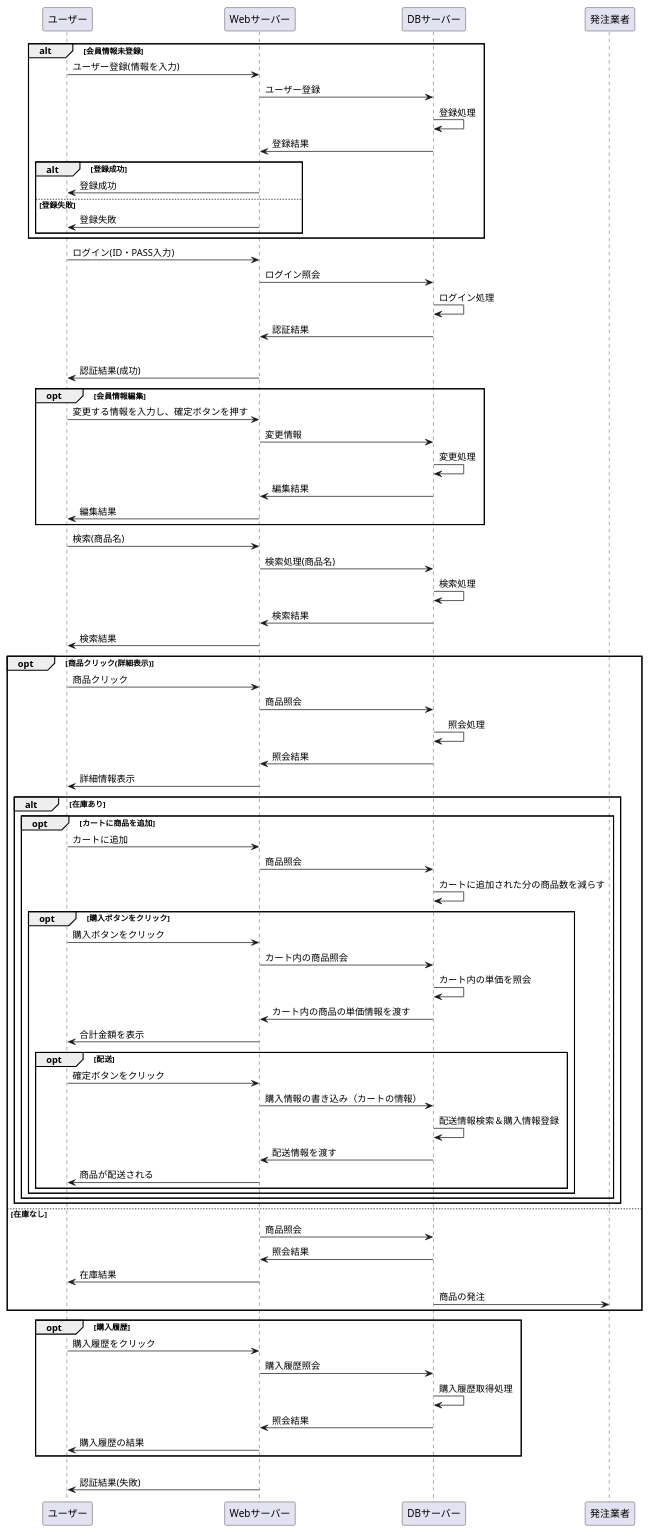
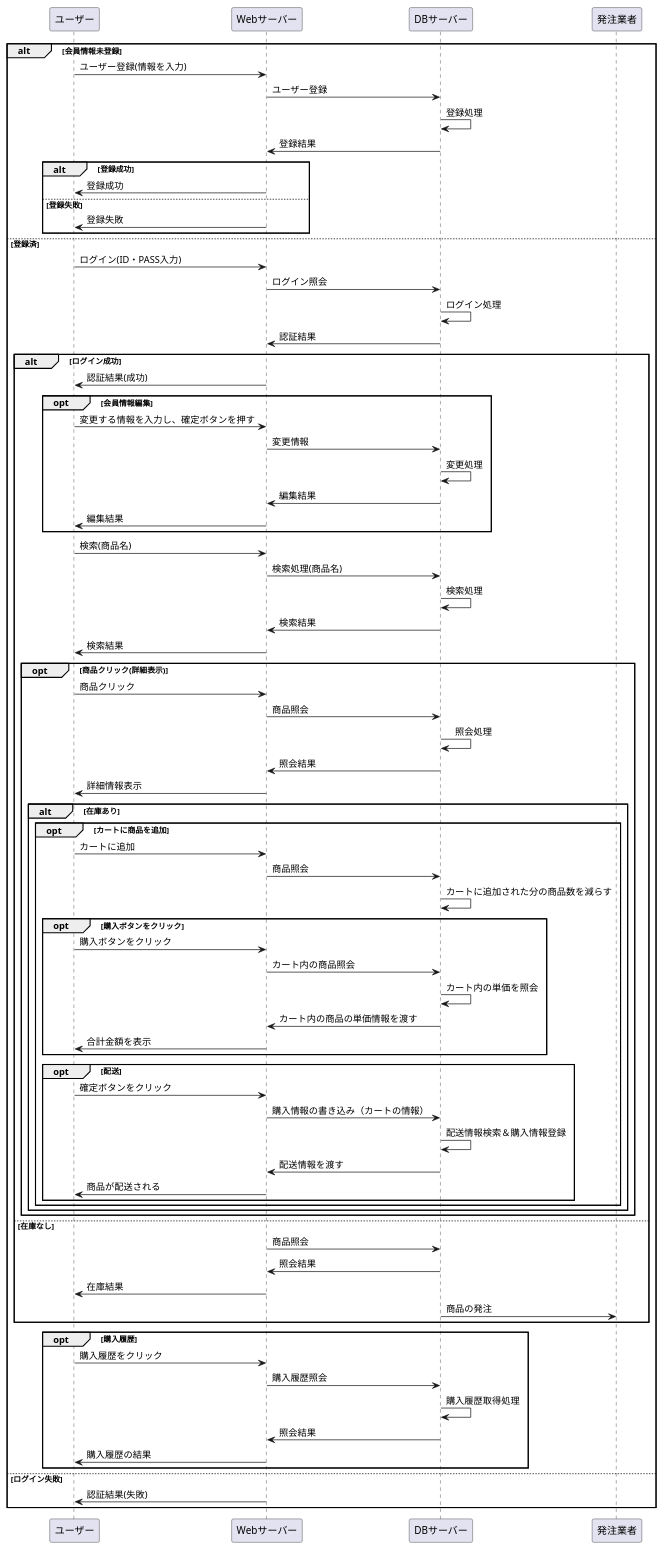
The diagram in 設計書/02_業務フロー/business-flow-test.md (Aso2001227/Aso-Sports-1), drawn with PlantUML before and after one commit.

```diff
--- a/設計書/02_業務フロー/business-flow-test.md
+++ b/設計書/02_業務フロー/business-flow-test.md
@@ -5,110 +5,56 @@
   Webサーバー -> DBサーバー : ユーザー登録
   DBサーバー -> DBサーバー : 登録処理
   DBサーバー -> Webサーバー : 登録結果
-
-
-
-
-
-
-alt 登録成功
-Webサーバー -> ユーザー : 登録成功
-else 登録失敗
-Webサーバー -> ユーザー : 登録失敗
-end
-end
-
-
-
-
-
-
-
-ユーザー -> Webサーバー : ログイン(ID・PASS入力)
-Webサーバー -> DBサーバー : ログイン照会
-DBサーバー -> DBサーバー : ログイン処理
-DBサーバー -> Webサーバー : 認証結果
-
-
-
-
-
-
-alt ログイン成功
-Webサーバー -> ユーザー : 認証結果(成功)
-opt 会員情報編集
-ユーザー -> Webサーバー : 変更する情報を入力し、確定ボタンを押す
-Webサーバー -> DBサーバー :変更情報
-DBサーバー -> DBサーバー : 変更処理
-DBサーバー -> Webサーバー : 編集結果
-Webサーバー -> ユーザー : 編集結果
-end
-
-
-
-
-
-
-
-
-
-
-ユーザー -> Webサーバー : 検索(商品名)
-Webサーバー -> DBサーバー : 検索処理(商品名)
-DBサーバー -> DBサーバー : 検索処理
-DBサーバー -> Webサーバー : 検索結果
-Webサーバー -> ユーザー : 検索結果
-
-
-
-
-
-
-
-
-
-
-
-opt 商品クリック(詳細表示)
-ユーザー -> Webサーバー : 商品クリック
-Webサーバー -> DBサーバー : 商品照会
-DBサーバー -> DBサーバー : 　照会処理
-DBサーバー -> Webサーバー : 照会結果
-Webサーバー -> ユーザー : 詳細情報表示
-
-
-
-
-
-
-
-
-alt 在庫あり
-opt カートに商品を追加
-ユーザー -> Webサーバー : カートに追加
-Webサーバー -> DBサーバー : 商品照会
-DBサーバー -> DBサーバー : カートに追加された分の商品数を減らす
-
-
-
-
-
-
-
-opt 購入ボタンをクリック
-ユーザー -> Webサーバー : 購入ボタンをクリック
-Webサーバー -> DBサーバー : カート内の商品照会
-DBサーバー -> DBサーバー : カート内の単価を照会
-DBサーバー -> Webサーバー :カート内の商品の単価情報を渡す
-Webサーバー -> ユーザー:合計金額を表示
-opt 配送
-ユーザー -> Webサーバー : 確定ボタンをクリック
-Webサーバー -> DBサーバー :購入情報の書き込み（カートの情報）
-DBサーバー -> DBサーバー : 配送情報検索＆購入情報登録
-DBサーバー -> Webサーバー :配送情報を渡す
-Webサーバー -> ユーザー:商品が配送される
-end
-end
+  alt 登録成功
+    Webサーバー -> ユーザー : 登録成功
+    else 登録失敗
+    Webサーバー -> ユーザー : 登録失敗
+  end
+else 登録済
+  ユーザー -> Webサーバー : ログイン(ID・PASS入力)
+  Webサーバー -> DBサーバー : ログイン照会
+  DBサーバー -> DBサーバー : ログイン処理
+  DBサーバー -> Webサーバー : 認証結果
+  alt ログイン成功
+    Webサーバー -> ユーザー : 認証結果(成功)
+    opt 会員情報編集
+      ユーザー -> Webサーバー : 変更する情報を入力し、確定ボタンを押す
+      Webサーバー -> DBサーバー :変更情報
+      DBサーバー -> DBサーバー : 変更処理
+      DBサーバー -> Webサーバー : 編集結果
+      Webサーバー -> ユーザー : 編集結果
+    end
+    ユーザー -> Webサーバー : 検索(商品名)
+    Webサーバー -> DBサーバー : 検索処理(商品名)
+    DBサーバー -> DBサーバー : 検索処理
+    DBサーバー -> Webサーバー : 検索結果
+    Webサーバー -> ユーザー : 検索結果
+    opt 商品クリック(詳細表示)
+      ユーザー -> Webサーバー : 商品クリック
+      Webサーバー -> DBサーバー : 商品照会
+      DBサーバー -> DBサーバー : 　照会処理
+      DBサーバー -> Webサーバー : 照会結果
+      Webサーバー -> ユーザー : 詳細情報表示
+      alt 在庫あり
+        opt カートに商品を追加
+          ユーザー -> Webサーバー : カートに追加
+          Webサーバー -> DBサーバー : 商品照会
+          DBサーバー -> DBサーバー : カートに追加された分の商品数を減らす
+          opt 購入ボタンをクリック
+          ユーザー -> Webサーバー : 購入ボタンをクリック
+          Webサーバー -> DBサーバー : カート内の商品照会
+          DBサーバー -> DBサーバー : カート内の単価を照会
+          DBサーバー -> Webサーバー :カート内の商品の単価情報を渡す
+          Webサーバー -> ユーザー:合計金額を表示
+          end
+          opt 配送
+            ユーザー -> Webサーバー : 確定ボタンをクリック
+            Webサーバー -> DBサーバー :購入情報の書き込み（カートの情報）
+            DBサーバー -> DBサーバー : 配送情報検索＆購入情報登録
+            DBサーバー -> Webサーバー :配送情報を渡す
+            Webサーバー -> ユーザー:商品が配送される
+        end
+      end
 
 
 
@@ -132,7 +78,7 @@
 end
 else ログイン失敗
 Webサーバー -> ユーザー : 認証結果(失敗)
-
+end
 
 
 
```
